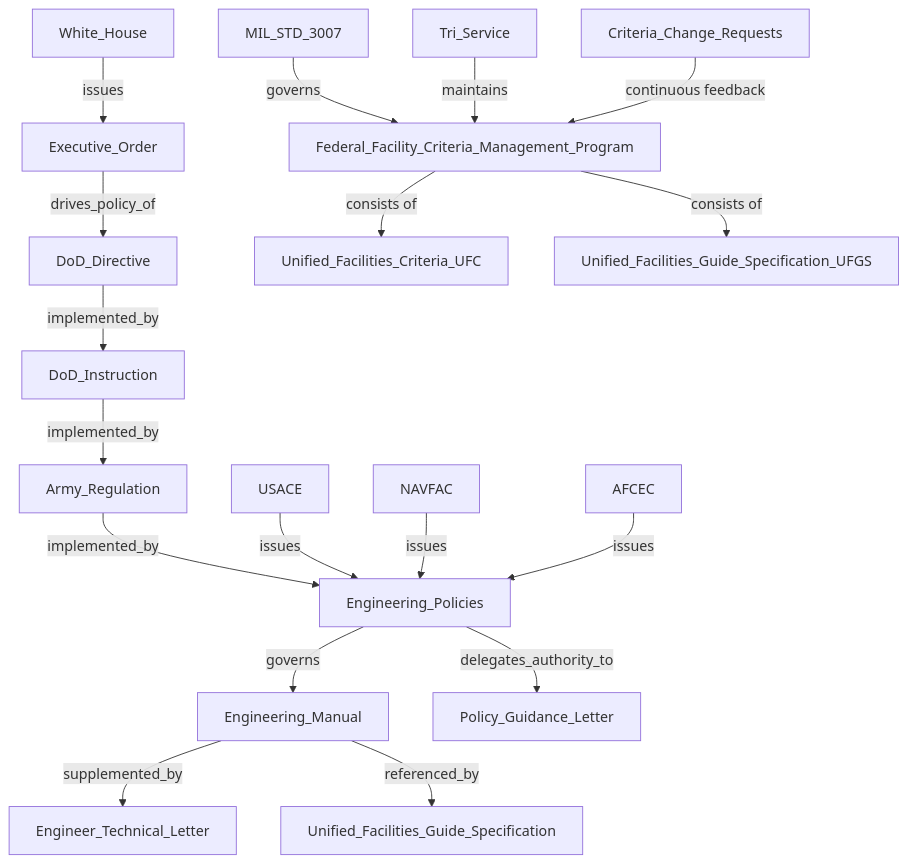
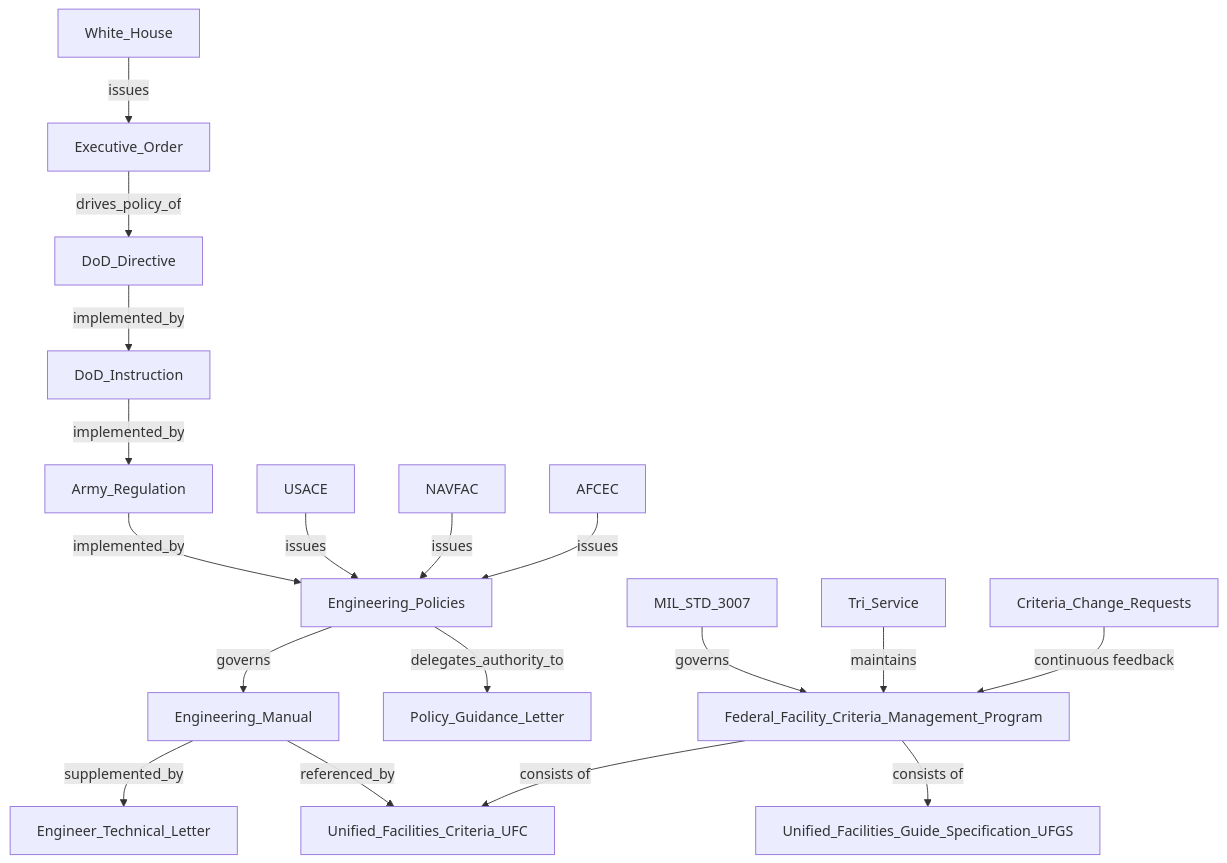
The diagram in data/KG_document_hierarchy.md (vdubya/criteria-assistant), drawn with Mermaid before and after one commit.

````diff
--- a/data/KG_document_hierarchy.md
+++ b/data/KG_document_hierarchy.md
@@ -1,20 +1,21 @@
 ```mermaid
 graph TD
   White_House -->|issues| Executive_Order
   Executive_Order -->|drives_policy_of| DoD_Directive
   DoD_Directive -->|implemented_by| DoD_Instruction
   DoD_Instruction -->|implemented_by| Army_Regulation
   Army_Regulation -->|implemented_by| Engineering_Policies
   Engineering_Policies -->|governs| Engineering_Manual
   Engineering_Manual -->|supplemented_by| Engineer_Technical_Letter
   Engineering_Policies -->|delegates_authority_to| Policy_Guidance_Letter
-  Engineering_Manual -->|referenced_by| Unified_Facilities_Guide_Specification
+  Engineering_Manual -->|referenced_by| Unified_Facilities_Criteria_UFC
   MIL_STD_3007 -->|governs| Federal_Facility_Criteria_Management_Program
   USACE -->|issues| Engineering_Policies
   NAVFAC -->|issues| Engineering_Policies
   AFCEC -->|issues| Engineering_Policies
   Tri_Service -->|maintains| Federal_Facility_Criteria_Management_Program
-  Federal_Facility_Criteria_Management_Program --> |consists of| Unified_Facilities_Criteria_UFC
-  Federal_Facility_Criteria_Management_Program --> |consists of| Unified_Facilities_Guide_Specification_UFGS
-  Criteria_Change_Requests --> |continuous feedback| Federal_Facility_Criteria_Management_Program
+  Criteria_Change_Requests -->|continuous feedback| Federal_Facility_Criteria_Management_Program
+  Federal_Facility_Criteria_Management_Program -->|consists of| Unified_Facilities_Criteria_UFC
+  Federal_Facility_Criteria_Management_Program -->|consists of| Unified_Facilities_Guide_Specification_UFGS
+  
 ```
````
